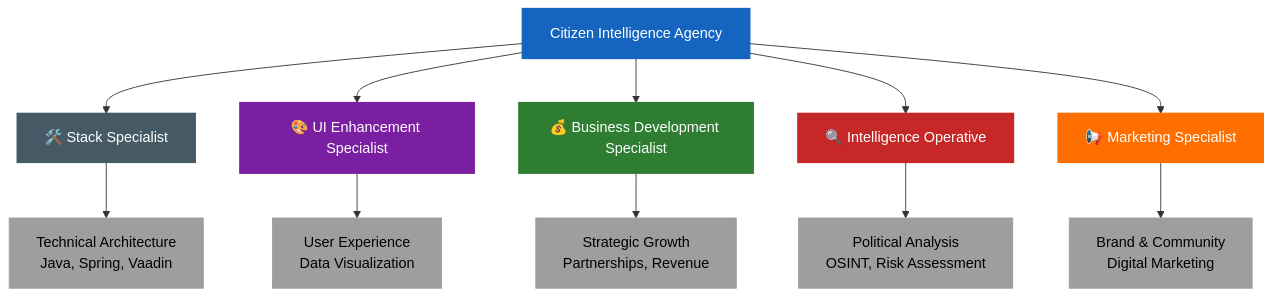
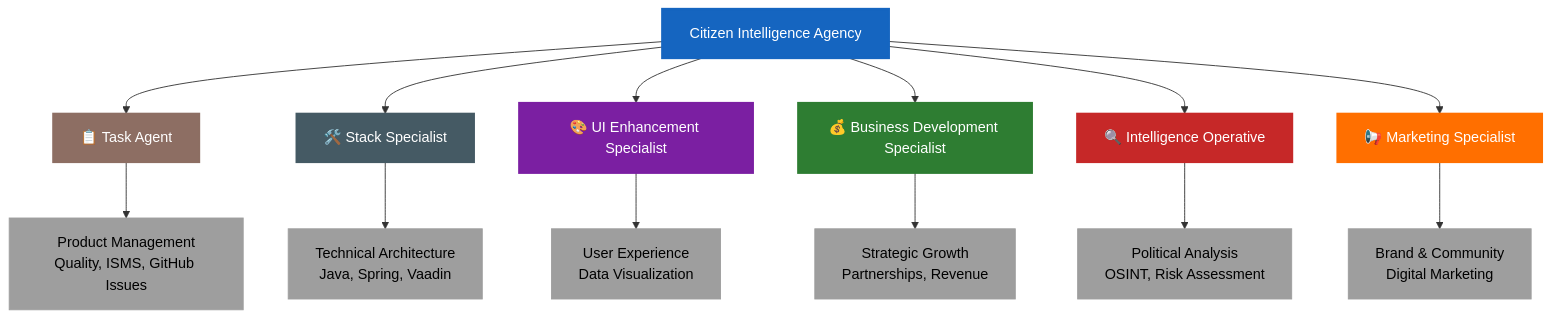
Before and after one commit to Hack23/cia: the first of 2 diagrams in .github/agents/README.md, drawn with Mermaid. The commit also changed other lines of this file and 2 other files, not shown here.

First line of the commit message:
Add Task Agent for product quality orchestration and ISMS compliance (#7837)

````diff
--- a/.github/agents/README.md
+++ b/.github/agents/README.md
@@ -11,28 +11,32 @@
 ```mermaid
 graph TB
     CIA[Citizen Intelligence Agency]
     
+    CIA --> Task[📋 Task Agent]
     CIA --> Stack[🛠️ Stack Specialist]
     CIA --> UI[🎨 UI Enhancement Specialist]
     CIA --> Biz[💰 Business Development Specialist]
     CIA --> Intel[🔍 Intelligence Operative]
     CIA --> Market[📢 Marketing Specialist]
     
+    Task --> PM[Product Management<br/>Quality, ISMS, GitHub Issues]
     Stack --> Tech[Technical Architecture<br/>Java, Spring, Vaadin]
     UI --> UX[User Experience<br/>Data Visualization]
     Biz --> Growth[Strategic Growth<br/>Partnerships, Revenue]
     Intel --> Analysis[Political Analysis<br/>OSINT, Risk Assessment]
     Market --> Brand[Brand & Community<br/>Digital Marketing]
     
     style CIA fill:#1565C0,stroke:#1565C0,stroke-width:3px,color:#fff
+    style Task fill:#8D6E63,stroke:#8D6E63,stroke-width:2px,color:#fff
     style Stack fill:#455A64,stroke:#455A64,stroke-width:2px,color:#fff
     style UI fill:#7B1FA2,stroke:#7B1FA2,stroke-width:2px,color:#fff
     style Biz fill:#2E7D32,stroke:#2E7D32,stroke-width:2px,color:#fff
     style Intel fill:#C62828,stroke:#C62828,stroke-width:2px,color:#fff
     style Market fill:#FF6F00,stroke:#FF6F00,stroke-width:2px,color:#fff
+    style PM fill:#9E9E9E,stroke:#9E9E9E,stroke-width:1px,color:#000
     style Tech fill:#9E9E9E,stroke:#9E9E9E,stroke-width:1px,color:#000
     style UX fill:#9E9E9E,stroke:#9E9E9E,stroke-width:1px,color:#000
     style Growth fill:#9E9E9E,stroke:#9E9E9E,stroke-width:1px,color:#000
     style Analysis fill:#9E9E9E,stroke:#9E9E9E,stroke-width:1px,color:#000
     style Brand fill:#9E9E9E,stroke:#9E9E9E,stroke-width:1px,color:#000
 ```
````
